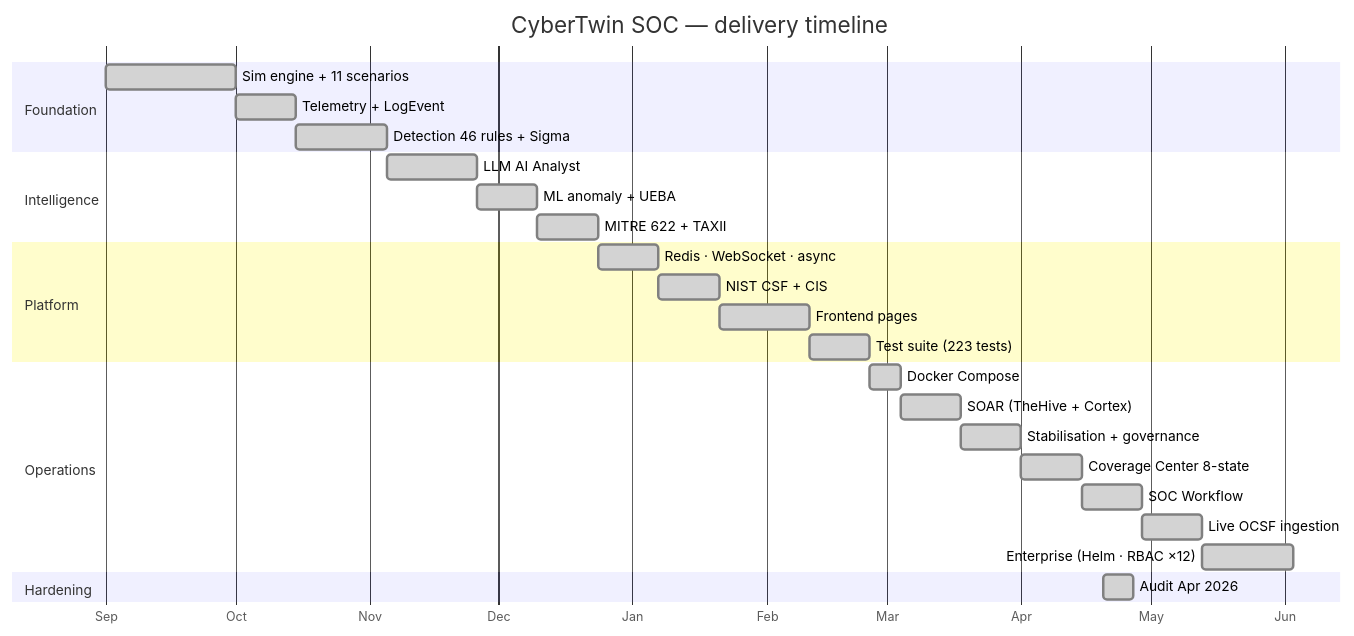
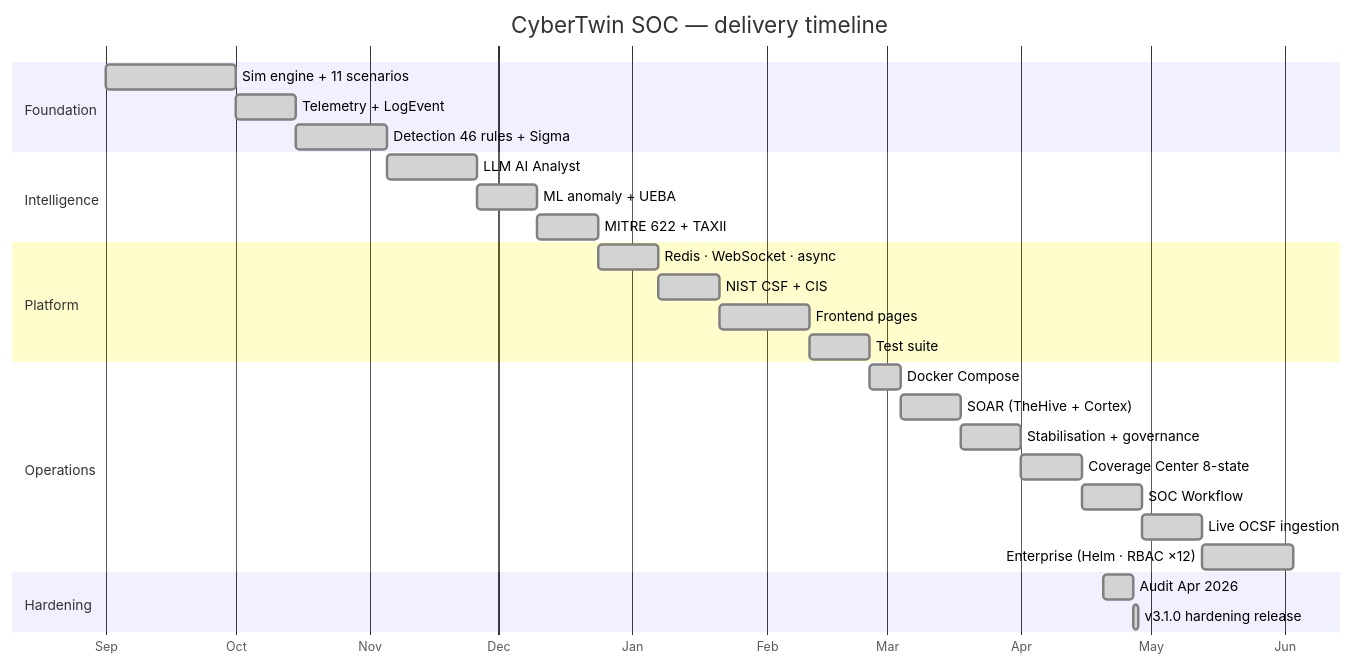
One commit to omarbabba779xx/CyberTwin-SOC changed diagram 18 of 18 in README.md. Above: the diagram before and after it, drawn with Mermaid. The commit also changed other lines of this file and 2 other files, not shown here.

````diff
--- a/README.md
+++ b/README.md
@@ -820,29 +1152,30 @@
 ```mermaid
 gantt
     title CyberTwin SOC — delivery timeline
     dateFormat YYYY-MM-DD
     axisFormat %b
     section Foundation
     Sim engine + 11 scenarios     :done, p1, 2025-09-01, 30d
     Telemetry + LogEvent          :done, p2, after p1, 14d
     Detection 46 rules + Sigma    :done, p3, after p2, 21d
     section Intelligence
     LLM AI Analyst                :done, p4, after p3, 21d
     ML anomaly + UEBA             :done, p5, after p4, 14d
     MITRE 622 + TAXII             :done, p6, after p5, 14d
     section Platform
     Redis · WebSocket · async     :done, p7, after p6, 14d
     NIST CSF + CIS                :done, p8, after p7, 14d
     Frontend pages                :done, p9, after p8, 21d
-    Test suite (223 tests)        :done, p10, after p9, 14d
+    Test suite                    :done, p10, after p9, 14d
     section Operations
     Docker Compose                :done, p11, after p10, 7d
     SOAR (TheHive + Cortex)       :done, p12, after p11, 14d
     Stabilisation + governance    :done, p13, after p12, 14d
     Coverage Center 8-state       :done, p14, after p13, 14d
     SOC Workflow                  :done, p15, after p14, 14d
     Live OCSF ingestion           :done, p16, after p15, 14d
     Enterprise (Helm · RBAC ×12)  :done, p17, after p16, 21d
     section Hardening
     Audit Apr 2026                :done, p18, 2026-04-20, 7d
+    v3.1.0 hardening release      :done, p19, 2026-04-27, 1d
 ```
````
